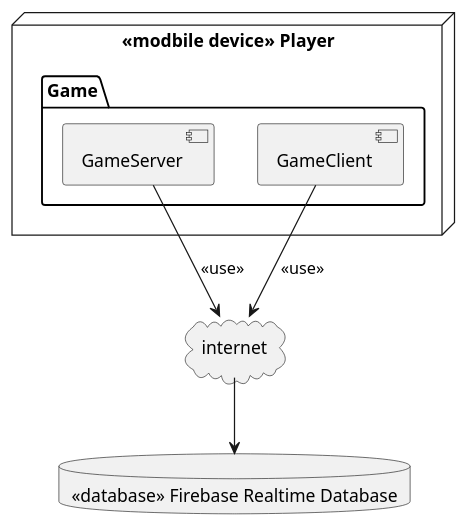
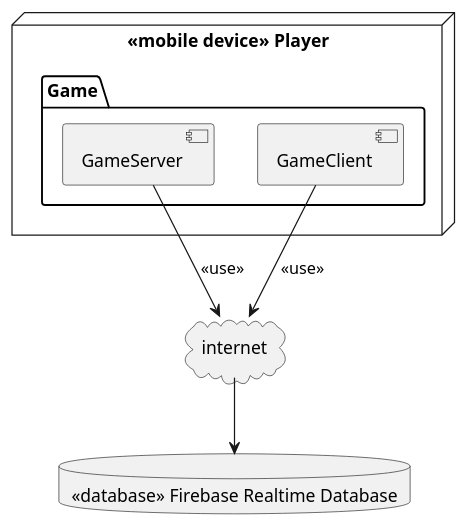
Before and after one commit to SverreNystad/besieged: the diagram in docs/diagrams/deploymeny-diagram.puml, drawn with PlantUML.

Commit message:
Fix mobile typo

```diff
--- a/docs/diagrams/deploymeny-diagram.puml
+++ b/docs/diagrams/deploymeny-diagram.puml
@@ -1,20 +1,20 @@
 @startuml
 
-node "<<modbile device>> Player" as PlayerOne {
+node "<<mobile device>> Player" as PlayerOne {
     package "Game" {
         component "GameServer" as P1GameServer
         component "GameClient" as P1GameClient
     }
 }
 
 database "<<database>> Firebase Realtime Database" as Firebase
 
 
 cloud internet
 
 P1GameClient --> internet : <<use>>
 P1GameServer --> internet : <<use>>
 
 internet --> Firebase
 
 @enduml
```
